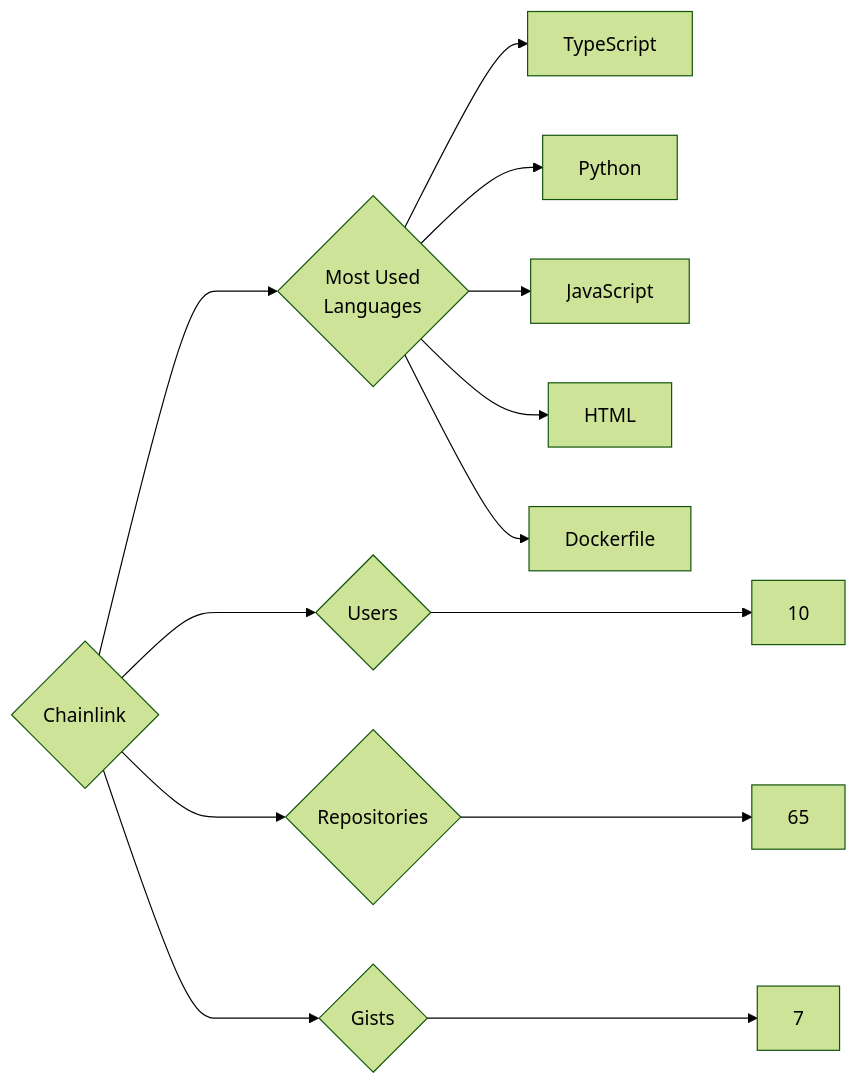
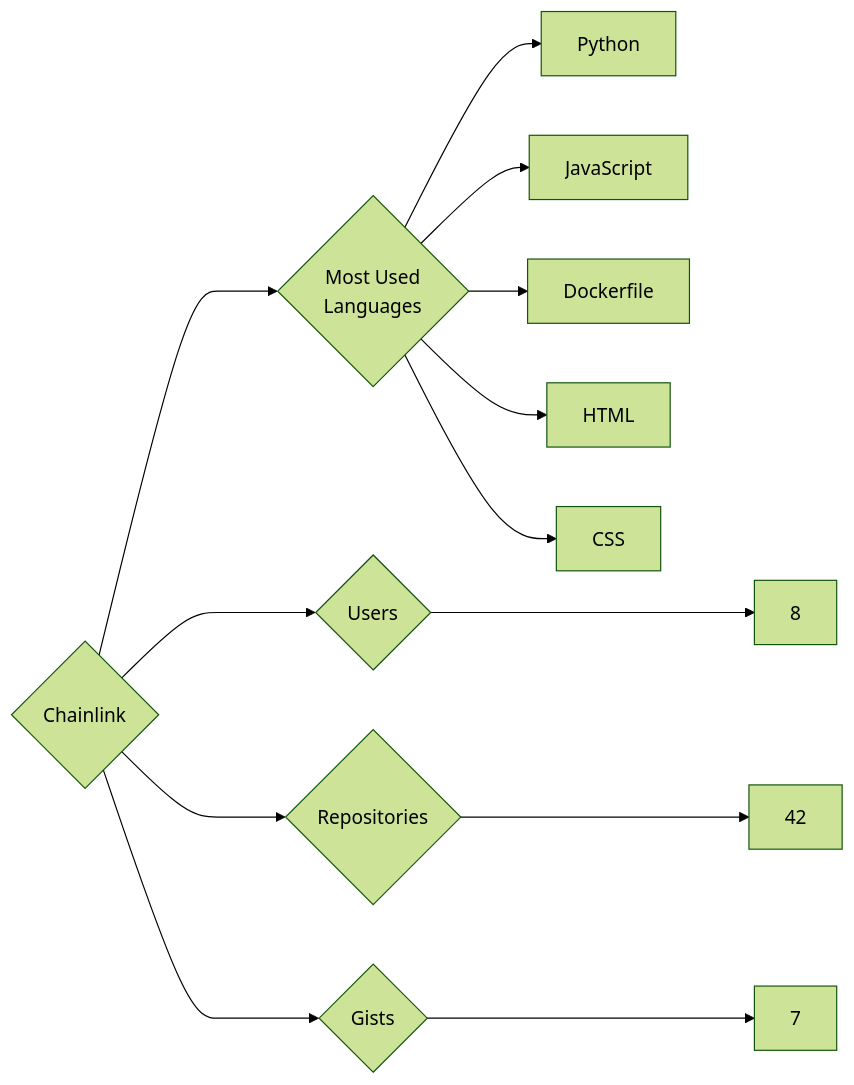
The diagram in targets/Chainlink/README.md (trickest/insiders), drawn with Mermaid (forest theme) before and after one commit. The commit also changed 873 other files, not shown here.

````diff
--- a/targets/Chainlink/README.md
+++ b/targets/Chainlink/README.md
@@ -3,13 +3,13 @@
 ```mermaid
 graph LR
 COMPANY_NAME{Chainlink}
-COMPANY_NAME ---> U{Users} ---> UN[10]
-COMPANY_NAME ---> R{Repositories} ---> RN[65]
+COMPANY_NAME ---> U{Users} ---> UN[8]
+COMPANY_NAME ---> R{Repositories} ---> RN[42]
 COMPANY_NAME ---> G{Gists} ---> GN[7]
 COMPANY_NAME ---> ML{Most Used<br>Languages}
-ML --> TypeScript[TypeScript]
 ML --> Python[Python]
 ML --> JavaScript[JavaScript]
+ML --> Dockerfile[Dockerfile]
 ML --> HTML[HTML]
-ML --> Dockerfile[Dockerfile]
+ML --> CSS[CSS]
 ```
````
